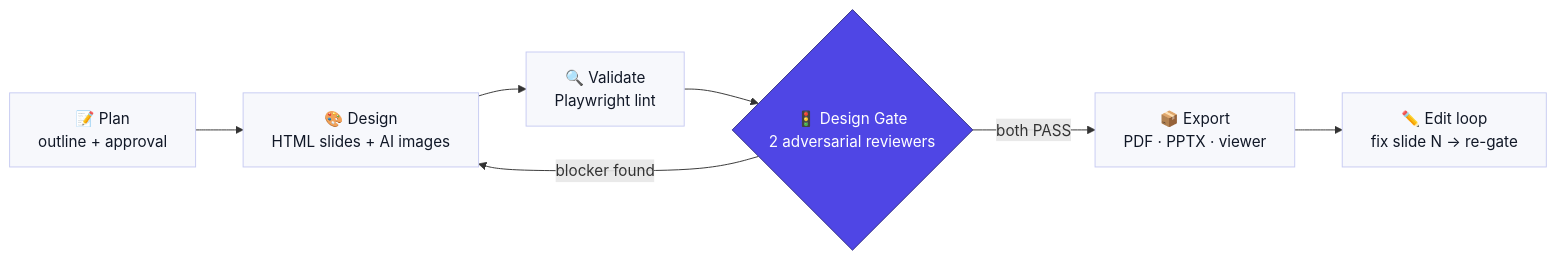
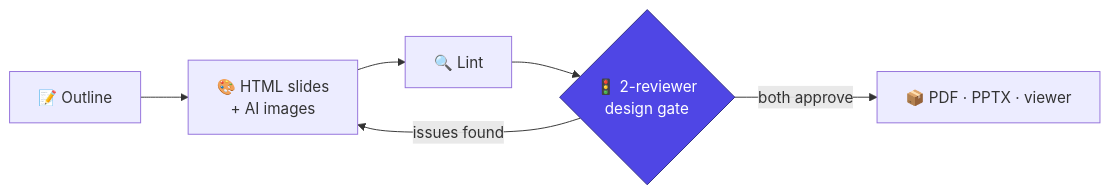
One commit to lsmman/ai-slide-pipeline changed the diagram in README.md. Above: the diagram before and after it, drawn with Mermaid. The commit also changed other lines of this file and 8 other files, not shown here.

````diff
--- a/README.md
+++ b/README.md
@@ -11,15 +59,9 @@
 ```mermaid
 flowchart LR
-    A["📝 Plan<br/>outline + approval"] --> B["🎨 Design<br/>HTML slides + AI images"]
-    B --> C["🔍 Validate<br/>Playwright lint"]
-    C --> D{"🚦 Design Gate<br/>2 adversarial reviewers"}
-    D -- "blocker found" --> B
-    D -- "both PASS" --> E["📦 Export<br/>PDF · PPTX · viewer"]
-    E --> F["✏️ Edit loop<br/>fix slide N → re-gate"]
+    A["📝 Outline"] --> B["🎨 HTML slides<br/>+ AI images"]
+    B --> C["🔍 Lint"]
+    C --> D{"🚦 2-reviewer<br/>design gate"}
+    D -- "issues found" --> B
+    D -- "both approve" --> E["📦 PDF · PPTX · viewer"]
     style D fill:#4F46E5,stroke:#312E81,color:#fff
-    style A fill:#F7F8FC,stroke:#C7CBF2,color:#111827
-    style B fill:#F7F8FC,stroke:#C7CBF2,color:#111827
-    style C fill:#F7F8FC,stroke:#C7CBF2,color:#111827
-    style E fill:#F7F8FC,stroke:#C7CBF2,color:#111827
-    style F fill:#F7F8FC,stroke:#C7CBF2,color:#111827
 ```
````
